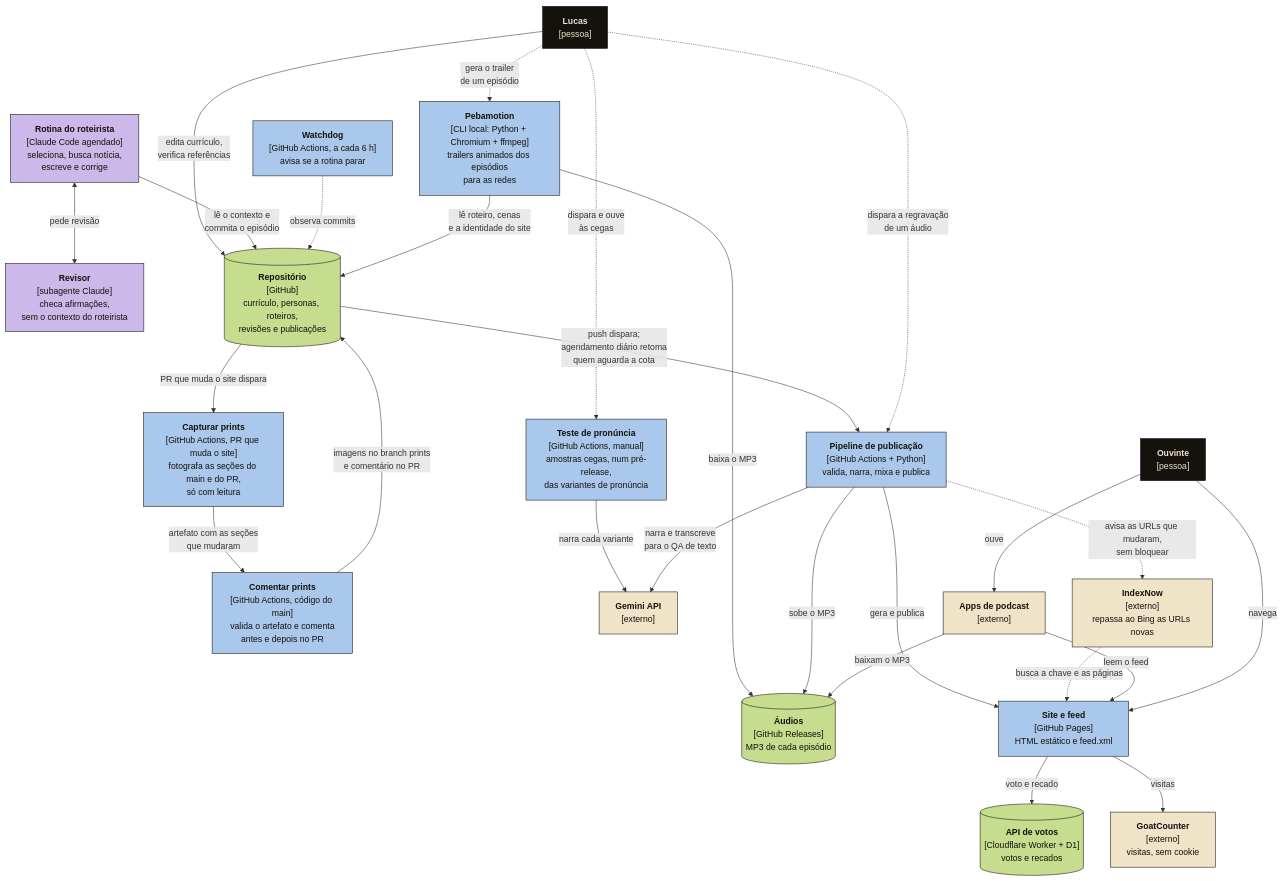
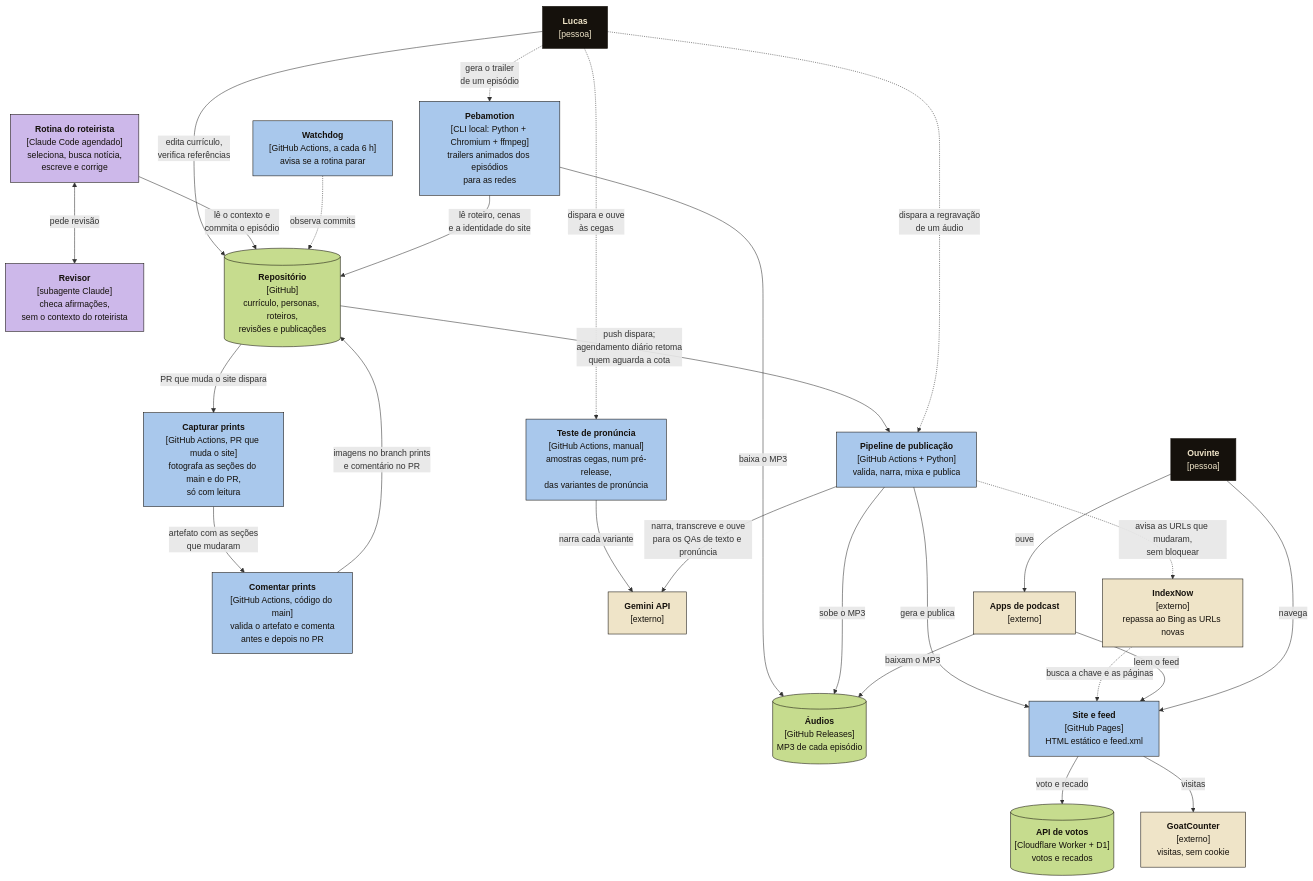
Before and after one commit to lucas-jdev/pebacast: the second of 2 diagrams in docs/c4-negocio.md, drawn with Mermaid. The commit also changed 10 other files, not shown here.

````diff
--- a/docs/c4-negocio.md
+++ b/docs/c4-negocio.md
@@ -48,58 +48,58 @@
 ```mermaid
 flowchart TB
     classDef pessoa fill:#15110c,stroke:#15110c,color:#efe4c8
     classDef ia fill:#cdb8ea,stroke:#15110c,color:#15110c
     classDef conteiner fill:#a9c8ec,stroke:#15110c,color:#15110c
     classDef dados fill:#c6dc8e,stroke:#15110c,color:#15110c
     classDef externo fill:#efe4c8,stroke:#15110c,color:#15110c
 
     lucas["<b>Lucas</b><br/>[pessoa]"]:::pessoa
     ouvinte["<b>Ouvinte</b><br/>[pessoa]"]:::pessoa
 
     revisor["<b>Revisor</b><br/>[subagente Claude]<br/>checa afirmações,<br/>sem o contexto do roteirista"]:::ia
     rotina["<b>Rotina do roteirista</b><br/>[Claude Code agendado]<br/>seleciona, busca notícia,<br/>escreve e corrige"]:::ia
     watchdog["<b>Watchdog</b><br/>[GitHub Actions, a cada 6 h]<br/>avisa se a rotina parar"]:::conteiner
     capturar["<b>Capturar prints</b><br/>[GitHub Actions, PR que muda o site]<br/>fotografa as seções do main e do PR,<br/>só com leitura"]:::conteiner
     comentar["<b>Comentar prints</b><br/>[GitHub Actions, código do main]<br/>valida o artefato e comenta<br/>antes e depois no PR"]:::conteiner
     pronuncia["<b>Teste de pronúncia</b><br/>[GitHub Actions, manual]<br/>amostras cegas, num pré-release,<br/>das variantes de pronúncia"]:::conteiner
     motion["<b>Pebamotion</b><br/>[CLI local: Python + Chromium + ffmpeg]<br/>trailers animados dos episódios<br/>para as redes"]:::conteiner
 
     repo[("<b>Repositório</b><br/>[GitHub]<br/>currículo, personas, roteiros,<br/>revisões e publicações")]:::dados
 
     pipeline["<b>Pipeline de publicação</b><br/>[GitHub Actions + Python]<br/>valida, narra, mixa e publica"]:::conteiner
     gemini["<b>Gemini API</b><br/>[externo]"]:::externo
 
     audio[("<b>Áudios</b><br/>[GitHub Releases]<br/>MP3 de cada episódio")]:::dados
     site["<b>Site e feed</b><br/>[GitHub Pages]<br/>HTML estático e feed.xml"]:::conteiner
     votos[("<b>API de votos</b><br/>[Cloudflare Worker + D1]<br/>votos e recados")]:::dados
 
     apps["<b>Apps de podcast</b><br/>[externo]"]:::externo
     goat["<b>GoatCounter</b><br/>[externo]<br/>visitas, sem cookie"]:::externo
     indexnow["<b>IndexNow</b><br/>[externo]<br/>repassa ao Bing as URLs novas"]:::externo
 
     lucas -- "edita currículo,<br/>verifica referências" --> repo
     rotina <-- "pede revisão" --> revisor
     rotina -- "lê o contexto e<br/>commita o episódio" --> repo
     watchdog -. "observa commits" .-> repo
     repo -- "PR que muda o site dispara" --> capturar
     capturar -- "artefato com as seções<br/>que mudaram" --> comentar
     comentar -- "imagens no branch prints<br/>e comentário no PR" --> repo
     lucas -. "gera o trailer<br/>de um episódio" .-> motion
     motion -- "lê roteiro, cenas<br/>e a identidade do site" --> repo
     motion -- "baixa o MP3" --> audio
     repo -- "push dispara;<br/>agendamento diário retoma<br/>quem aguarda a cota" --> pipeline
     lucas -. "dispara a regravação<br/>de um áudio" .-> pipeline
     lucas -. "dispara e ouve<br/>às cegas" .-> pronuncia
     pronuncia -- "narra cada variante" --> gemini
-    pipeline -- "narra e transcreve<br/>para o QA de texto" --> gemini
+    pipeline -- "narra, transcreve e ouve<br/>para os QAs de texto e pronúncia" --> gemini
     pipeline -- "sobe o MP3" --> audio
     pipeline -- "gera e publica" --> site
     pipeline -. "avisa as URLs que mudaram,<br/>sem bloquear" .-> indexnow
     indexnow -. "busca a chave e as páginas" .-> site
     site -- "voto e recado" --> votos
     site -- "visitas" --> goat
     apps -- "leem o feed" --> site
     apps -- "baixam o MP3" --> audio
     ouvinte -- "ouve" --> apps
     ouvinte -- "navega" --> site
 ```
````
